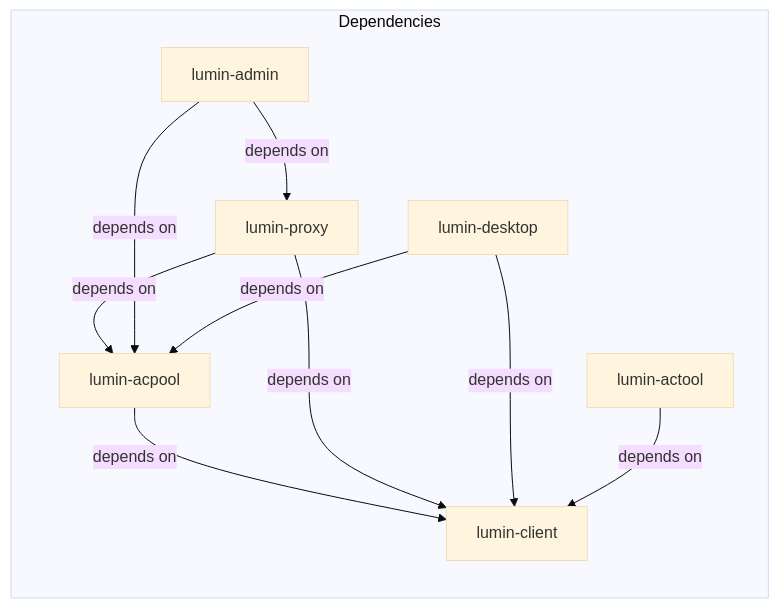
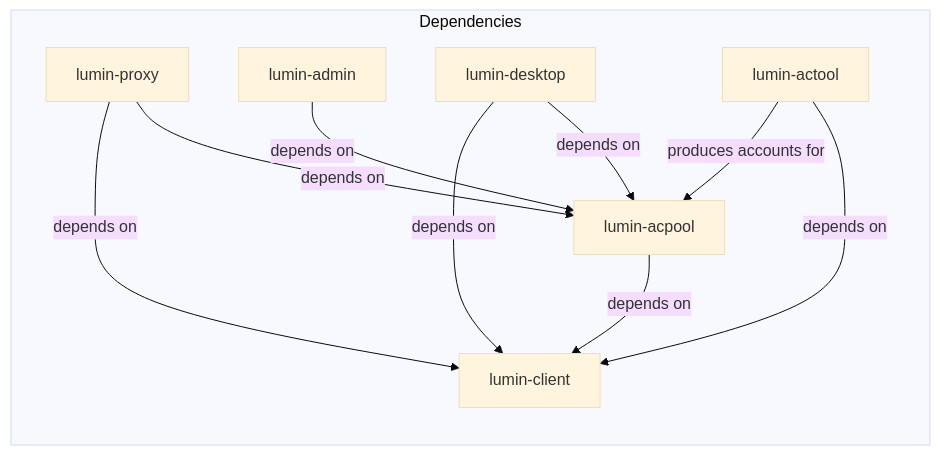
One commit to nomand-zc/lumin-acpool changed the second of 3 diagrams in README.md. Above: the diagram before and after it, drawn with Mermaid (base theme). The commit also changed other lines of this file and 1 other file, not shown here.

````diff
--- a/README.md
+++ b/README.md
@@ -81,20 +80,20 @@
 ```mermaid
 graph LR
     subgraph "Dependencies"
         CLIENT[lumin-client]
         ACPOOL[lumin-acpool]
         PROXY[lumin-proxy]
         ADMIN[lumin-admin]
         DESKTOP[lumin-desktop]
         ACTOOL[lumin-actool]
     end
 
     ACPOOL -->|depends on| CLIENT
     PROXY -->|depends on| ACPOOL
     PROXY -->|depends on| CLIENT
-    ADMIN -->|depends on| PROXY
     ADMIN -->|depends on| ACPOOL
     DESKTOP -->|depends on| ACPOOL
     DESKTOP -->|depends on| CLIENT
     ACTOOL -->|depends on| CLIENT
+    ACTOOL -->|produces accounts for| ACPOOL
 ```
````
